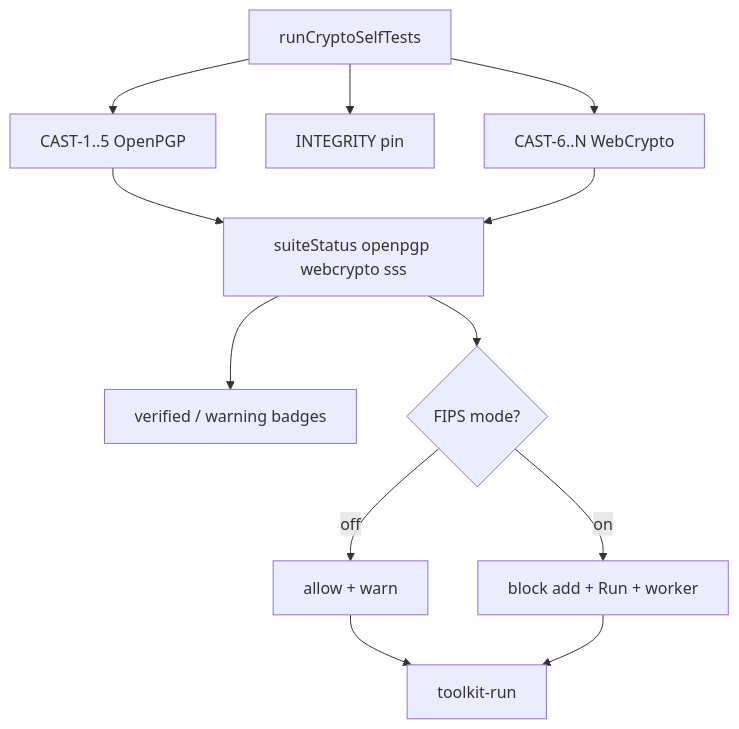
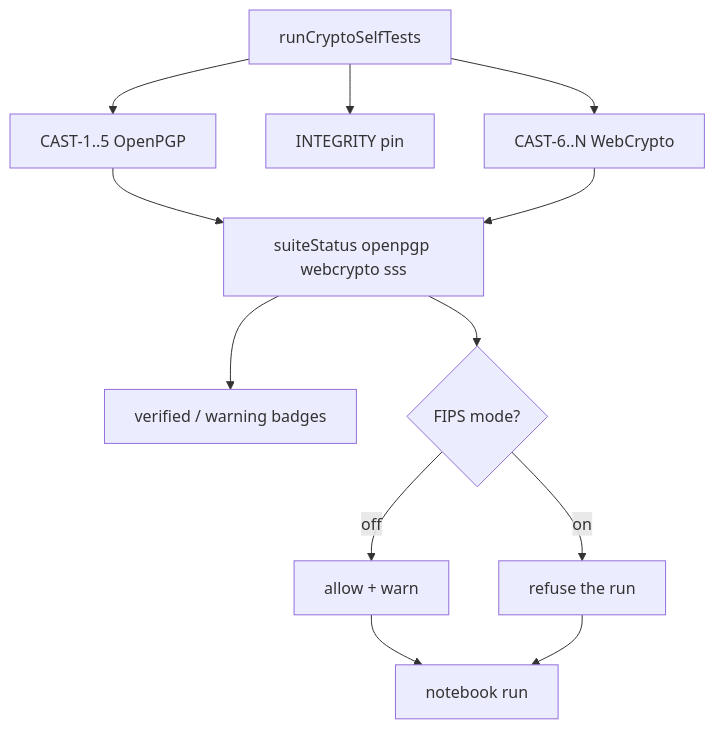
Before and after one commit to b1tninja/basilisk: the diagram in docs/CAST-AND-TEST-GAPS.md, drawn with Mermaid. The commit also changed other lines of this file and 8 other files, not shown here.

````diff
--- a/docs/CAST-AND-TEST-GAPS.md
+++ b/docs/CAST-AND-TEST-GAPS.md
@@ -19,15 +39,15 @@
 ```mermaid
 flowchart TD
   POST[runCryptoSelfTests]
   POST --> O1[CAST-1..5 OpenPGP]
   POST --> INT[INTEGRITY pin]
   POST --> W6[CAST-6..N WebCrypto]
   O1 --> Suites[suiteStatus openpgp webcrypto sss]
   W6 --> Suites
   Suites --> Badges[verified / warning badges]
   Suites --> Toggle{FIPS mode?}
   Toggle -->|off| Soft[allow + warn]
-  Toggle -->|on| Hard[block add + Run + worker]
-  Soft --> Worker[toolkit-run]
-  Hard --> Worker
+  Toggle -->|on| Hard[refuse the run]
+  Soft --> Run[notebook run]
+  Hard --> Run
 ```
````
